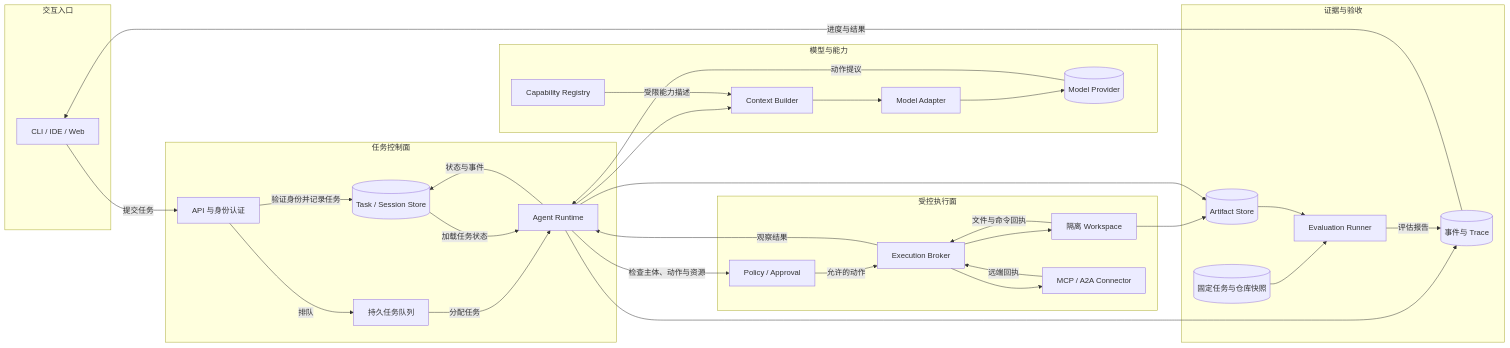
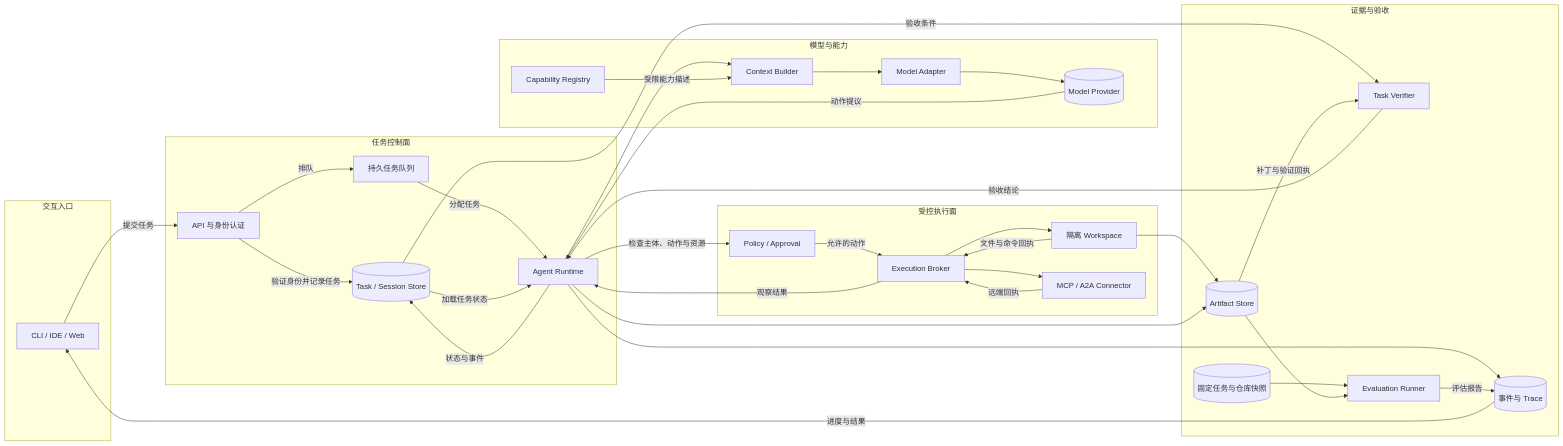
One commit to ChanChiChoi/llm-from-zero-to-interview changed the diagram in book-20-agent-harness-runtime/chapters/15-agent-harness系统设计.md. Above: the diagram before and after it, drawn with Mermaid. The commit also changed other lines of this file and 52 other files, not shown here.

````diff
--- a/book-20-agent-harness-runtime/chapters/15-agent-harness系统设计.md
+++ b/book-20-agent-harness-runtime/chapters/15-agent-harness系统设计.md
@@ -74,55 +74,59 @@
 ```mermaid
 flowchart LR
   subgraph Client[交互入口]
     UI[CLI / IDE / Web]
   end
   subgraph Control[任务控制面]
     API[API 与身份认证]
     TaskStore[(Task / Session Store)]
     Queue[持久任务队列]
     Runtime[Agent Runtime]
   end
   subgraph Agent[模型与能力]
     Context[Context Builder]
     Registry[Capability Registry]
     Adapter[Model Adapter]
     Model[(Model Provider)]
   end
   subgraph Execute[受控执行面]
     Policy[Policy / Approval]
     Executor[Execution Broker]
     Workspace[隔离 Workspace]
     Remote[MCP / A2A Connector]
   end
   subgraph Evidence[证据与验收]
     Events[(事件与 Trace)]
     Artifacts[(Artifact Store)]
     Cases[(固定任务与仓库快照)]
+    Verifier[Task Verifier]
     Eval[Evaluation Runner]
   end
   UI -->|提交任务| API
   API -->|验证身份并记录任务| TaskStore
   API -->|排队| Queue
   Queue -->|分配任务| Runtime
   TaskStore -->|加载任务状态| Runtime
+  TaskStore -->|验收条件| Verifier
   Runtime --> Context
   Registry -->|受限能力描述| Context
   Context --> Adapter
   Adapter --> Model
   Model -->|动作提议| Runtime
   Runtime -->|检查主体、动作与资源| Policy
   Policy -->|允许的动作| Executor
   Executor --> Workspace
   Executor --> Remote
   Workspace -->|文件与命令回执| Executor
   Remote -->|远端回执| Executor
   Executor -->|观察结果| Runtime
   Runtime -->|状态与事件| TaskStore
   Runtime --> Events
   Workspace --> Artifacts
   Runtime --> Artifacts
+  Artifacts -->|补丁与验证回执| Verifier
+  Verifier -->|验收结论| Runtime
   Events -->|进度与结果| UI
   Cases --> Eval
   Artifacts --> Eval
   Eval -->|评估报告| Events
 ```
````
